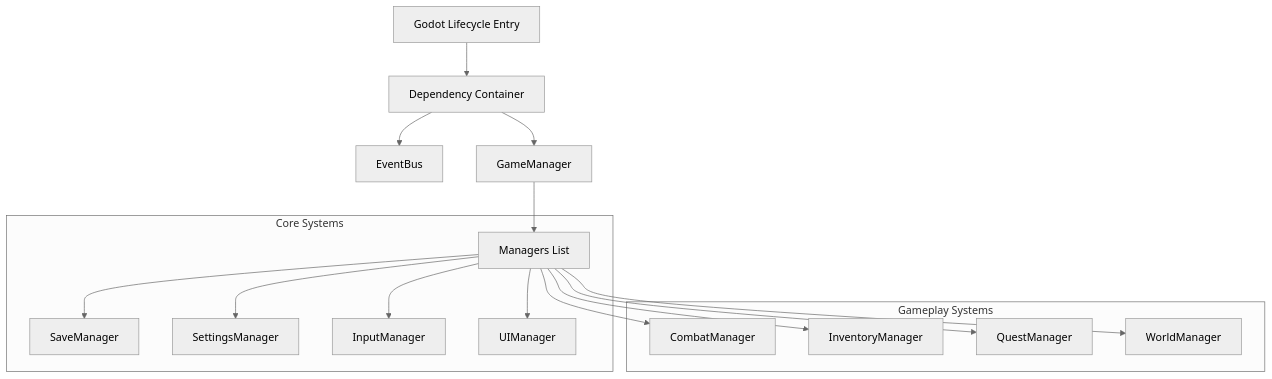
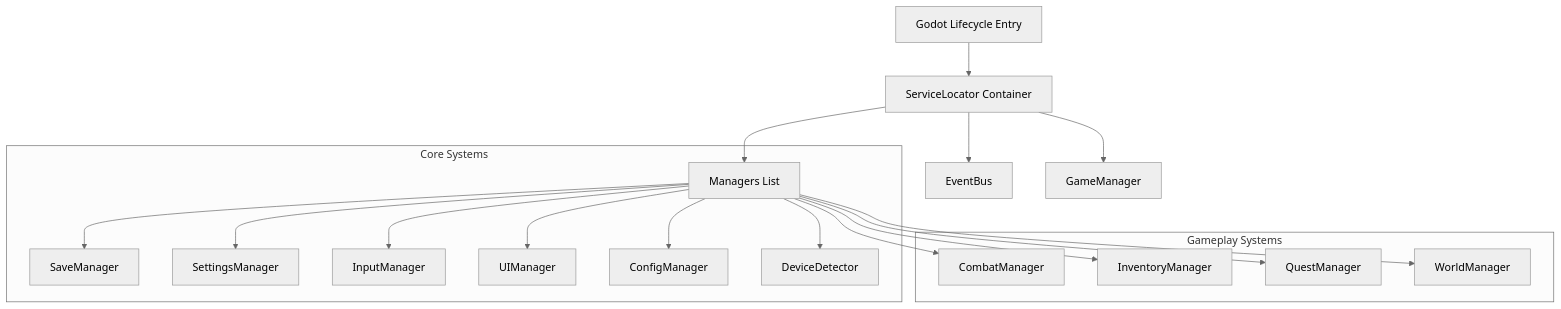
One commit to wwwvasanth507-create/AAAGAME changed the diagram in ARCHITECTURE.md. Above: the diagram before and after it, drawn with Mermaid (neutral theme). The commit also changed other lines of this file and 10 other files, not shown here.

````diff
--- a/ARCHITECTURE.md
+++ b/ARCHITECTURE.md
@@ -9,21 +9,23 @@
 ```mermaid
 graph TD
-    A[Godot Lifecycle Entry] --> B[Dependency Container]
+    A[Godot Lifecycle Entry] --> B[ServiceLocator Container]
     B --> C[EventBus]
     B --> D[GameManager]
-    D --> E[Managers List]
+    B --> E[Managers List]
     
     subgraph Core Systems
         E --> F[SaveManager]
         E --> G[SettingsManager]
         E --> H[InputManager]
         E --> I[UIManager]
+        E --> N[ConfigManager]
+        E --> O[DeviceDetector]
     end
     
     subgraph Gameplay Systems
         E --> J[CombatManager]
         E --> K[InventoryManager]
         E --> L[QuestManager]
         E --> M[WorldManager]
     end
 ```
````
